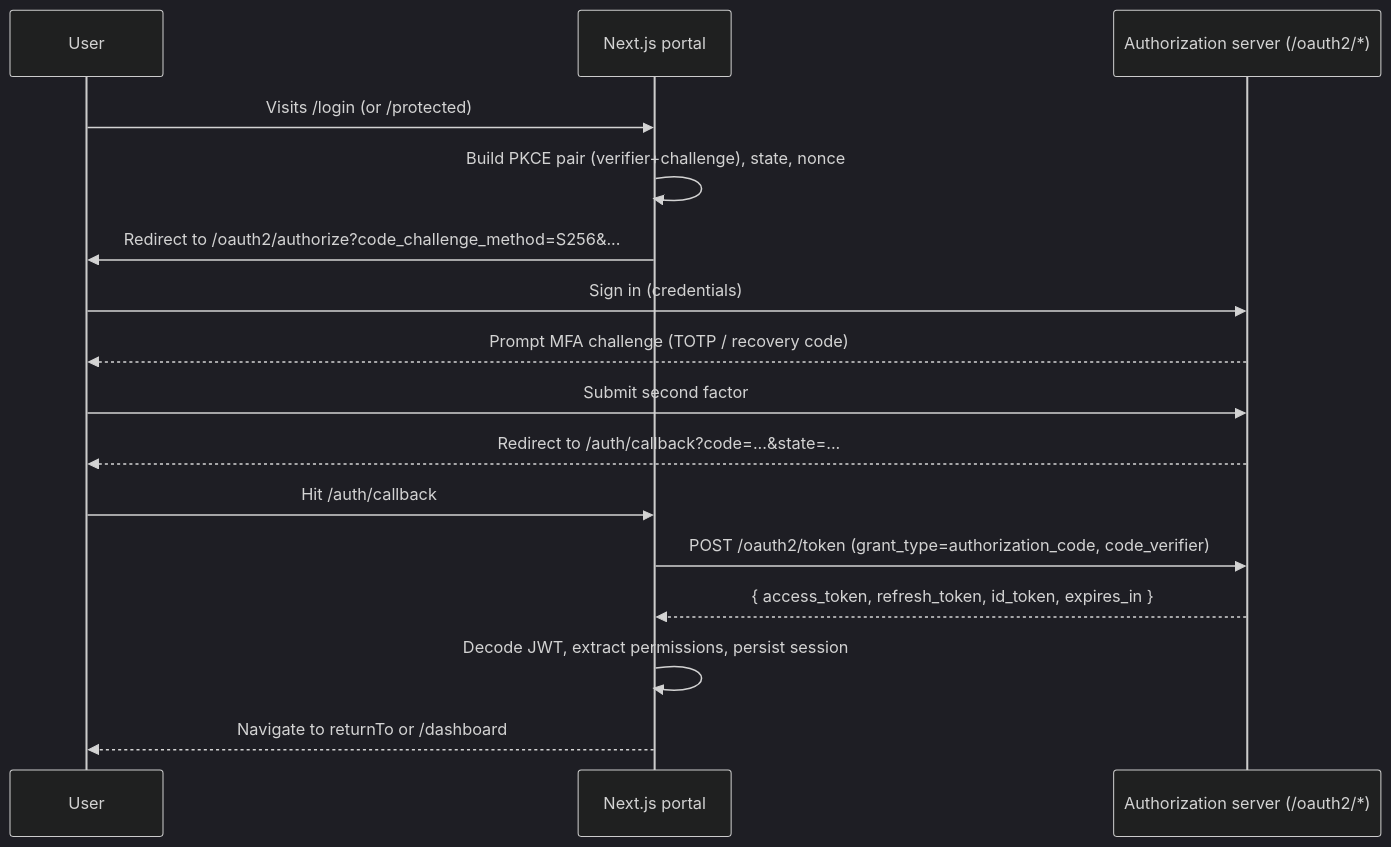
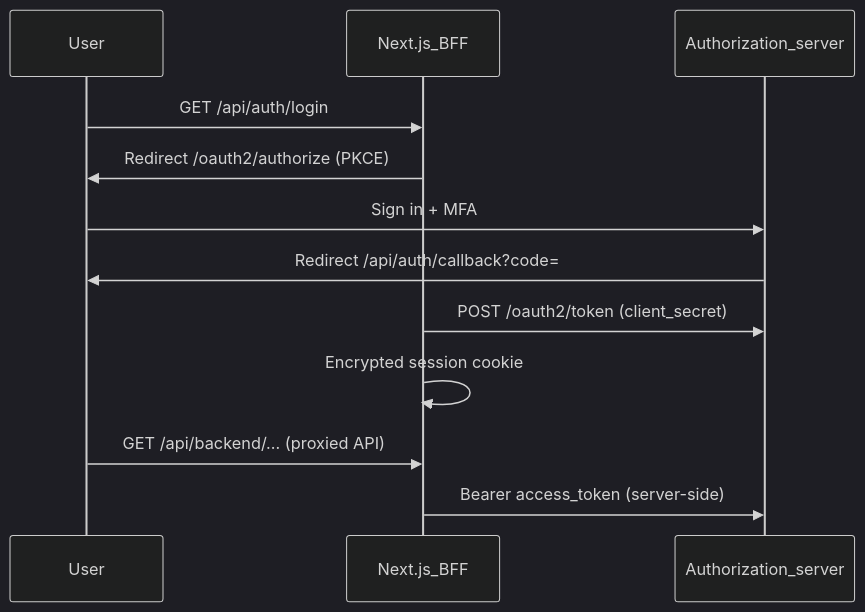
Before and after one commit to openfinova/minab-banking-staff-app: the diagram in docs/auth-flow.md, drawn with Mermaid (dark theme). The commit also changed other lines of this file and 34 other files, not shown here.

````diff
--- a/docs/auth-flow.md
+++ b/docs/auth-flow.md
@@ -5,19 +7,15 @@
 ```mermaid
 sequenceDiagram
   participant User
-  participant Portal as Next.js portal
-  participant Auth as Authorization server (/oauth2/*)
+  participant Portal as Next.js_BFF
+  participant Auth as Authorization_server
 
-  User->>Portal: Visits /login (or /protected)
-  Portal->>Portal: Build PKCE pair (verifier+challenge), state, nonce
-  Portal->>User: Redirect to /oauth2/authorize?code_challenge_method=S256&...
-  User->>Auth: Sign in (credentials)
-  Auth-->>User: Prompt MFA challenge (TOTP / recovery code)
-  User->>Auth: Submit second factor
-  Auth-->>User: Redirect to /auth/callback?code=...&state=...
-  User->>Portal: Hit /auth/callback
-  Portal->>Auth: POST /oauth2/token (grant_type=authorization_code, code_verifier)
-  Auth-->>Portal: { access_token, refresh_token, id_token, expires_in }
-  Portal->>Portal: Decode JWT, extract permissions, persist session
-  Portal-->>User: Navigate to returnTo or /dashboard
+  User->>Portal: GET /api/auth/login
+  Portal->>User: Redirect /oauth2/authorize (PKCE)
+  User->>Auth: Sign in + MFA
+  Auth->>User: Redirect /api/auth/callback?code=
+  Portal->>Auth: POST /oauth2/token (client_secret)
+  Portal->>Portal: Encrypted session cookie
+  User->>Portal: GET /api/backend/... (proxied API)
+  Portal->>Auth: Bearer access_token (server-side)
 ```
````
